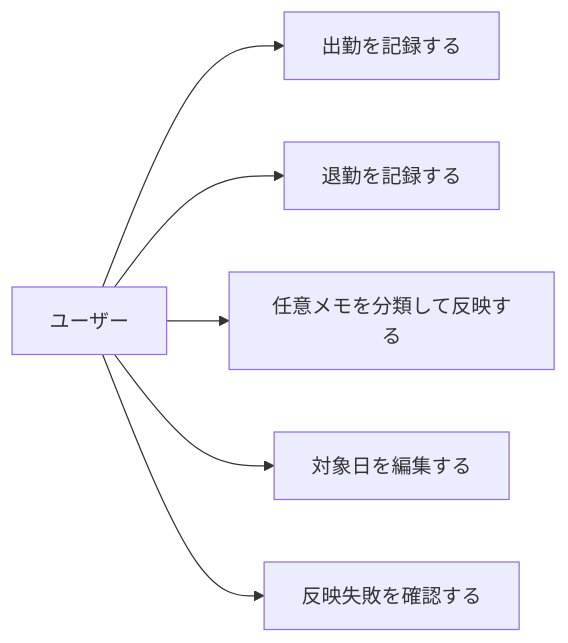
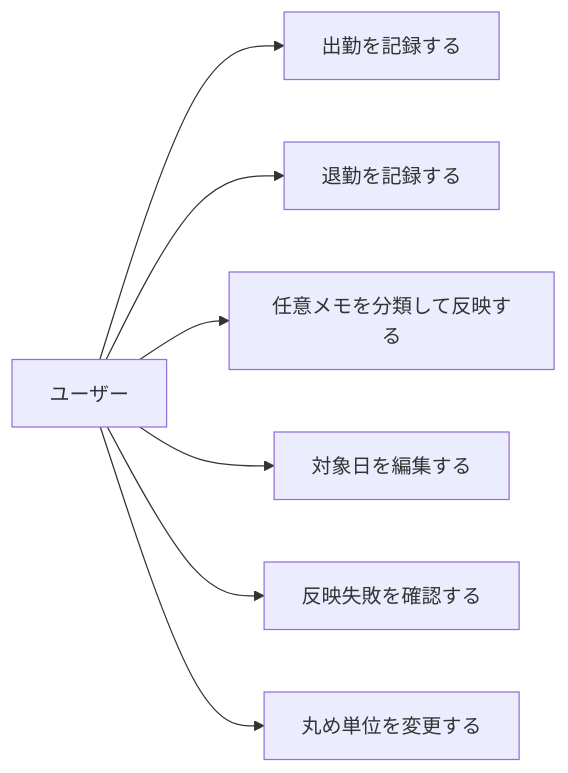
One commit to Shintaro-Abe/TapInShift changed the second of 6 diagrams in docs/functional-design.md. Above: the diagram before and after it, drawn with Mermaid. The commit also changed other lines of this file and 11 other files, not shown here.

````diff
--- a/docs/functional-design.md
+++ b/docs/functional-design.md
@@ -38,9 +39,10 @@
 ```mermaid
 flowchart LR
     User[ユーザー]
     User --> UC1[出勤を記録する]
     User --> UC2[退勤を記録する]
     User --> UC3[任意メモを分類して反映する]
     User --> UC4[対象日を編集する]
     User --> UC5[反映失敗を確認する]
+    User --> UC6[丸め単位を変更する]
 ```
````
